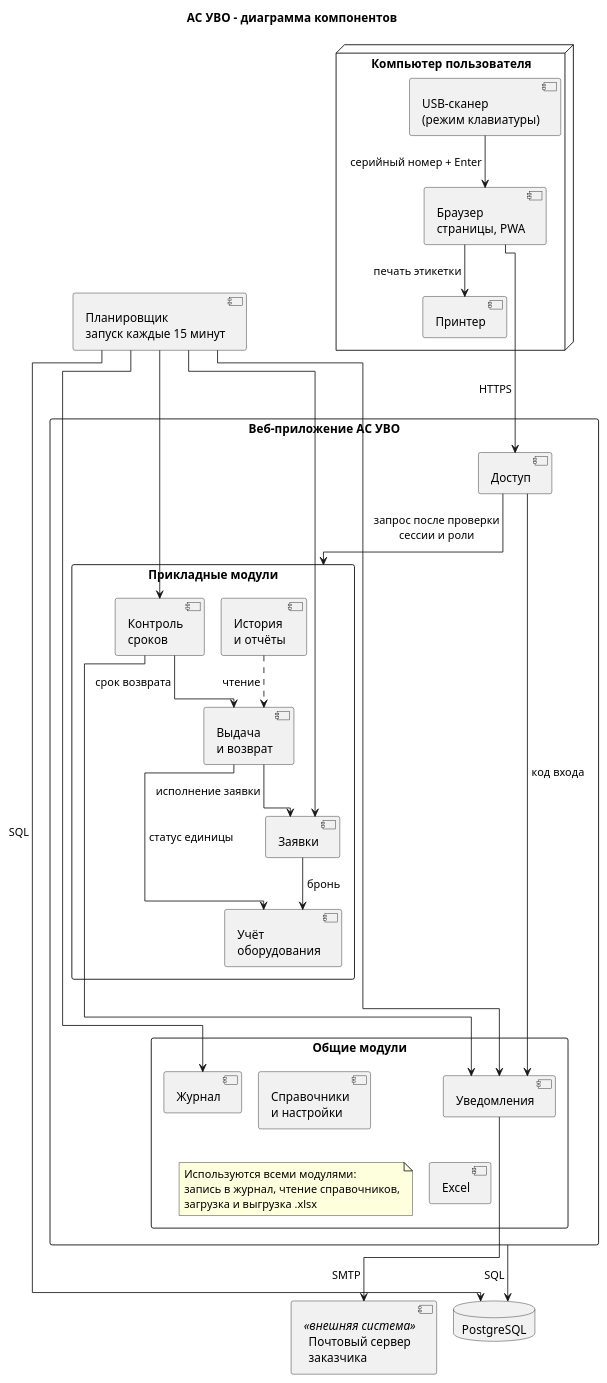
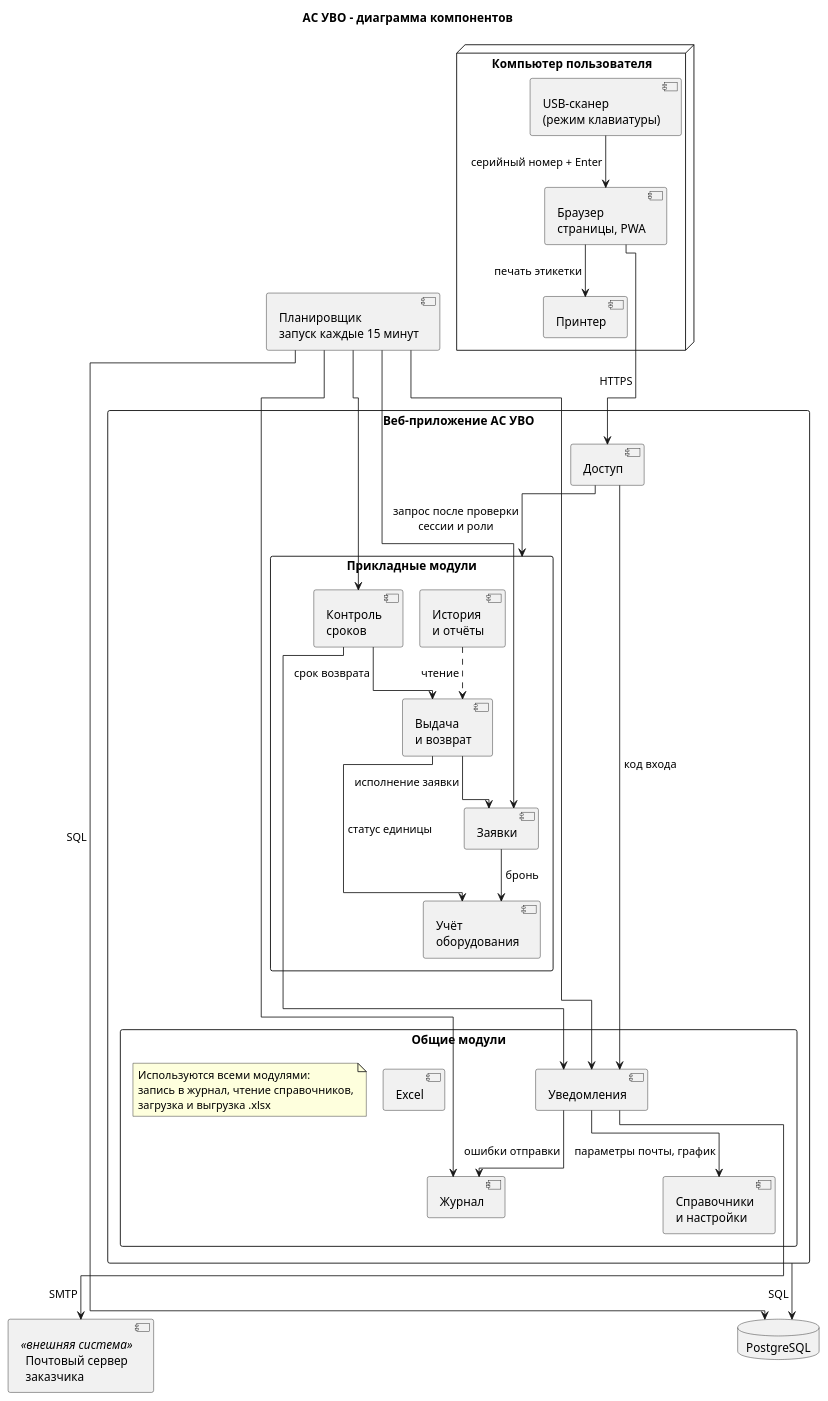
The diagram in Lab2/docs/diagrams/components.puml (Rezak159/project-management), drawn with PlantUML before and after one commit. The commit also changed 30 other files, not shown here.

```diff
--- a/Lab2/docs/diagrams/components.puml
+++ b/Lab2/docs/diagrams/components.puml
@@ -1,55 +1,57 @@
 @startuml
 !pragma layout elk
 title АС УВО – диаграмма компонентов
 skinparam shadowing false
 skinparam defaultFontName Arial
 skinparam componentStyle uml2
 skinparam packageStyle rectangle
 
 node "Компьютер пользователя" {
   component "USB-сканер\n(режим клавиатуры)" as SC
   component "Браузер\nстраницы, PWA" as BR
   component "Принтер" as PR
 }
 
 package "Веб-приложение АС УВО" as WEB {
   component "Доступ" as ACC
   package "Прикладные модули" as APP {
     component "Учёт\nоборудования" as EQ
     component "Заявки" as REQ
     component "Выдача\nи возврат" as ISS
     component "Контроль\nсроков" as DL
     component "История\nи отчёты" as REP
   }
   package "Общие модули" as COM {
     component "Справочники\nи настройки" as SET
     component "Уведомления" as NTF
     component "Журнал" as LOG
     component "Excel" as XLS
     note "Используются всеми модулями:\nзапись в журнал, чтение справочников,\nзагрузка и выгрузка .xlsx" as NCOM
   }
 }
 
 component "Планировщик\nзапуск каждые 15 минут" as SCH
 database "PostgreSQL" as DB
 component "Почтовый сервер\nзаказчика" as SMTP <<внешняя система>>
 
 SC --> BR : серийный номер + Enter
 BR --> PR : печать этикетки
 BR --> ACC : HTTPS
 ACC --> APP : запрос после проверки\nсессии и роли
 REQ --> EQ : бронь
 ISS --> REQ : исполнение заявки
 ISS --> EQ : статус единицы
 DL --> ISS : срок возврата
 DL --> NTF
 REP ..> ISS : чтение
 ACC --> NTF : код входа
 SCH --> REQ
 SCH --> DL
 SCH --> NTF
 SCH --> LOG
 NTF --> SMTP : SMTP
+NTF --> SET : параметры почты, график
+NTF --> LOG : ошибки отправки
 WEB --> DB : SQL
 SCH --> DB : SQL
 @enduml
```
